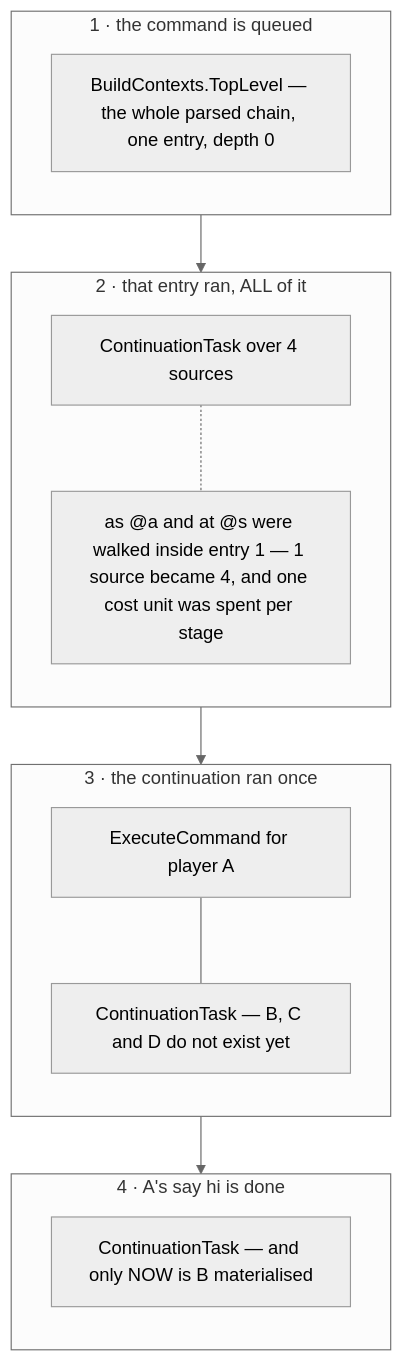
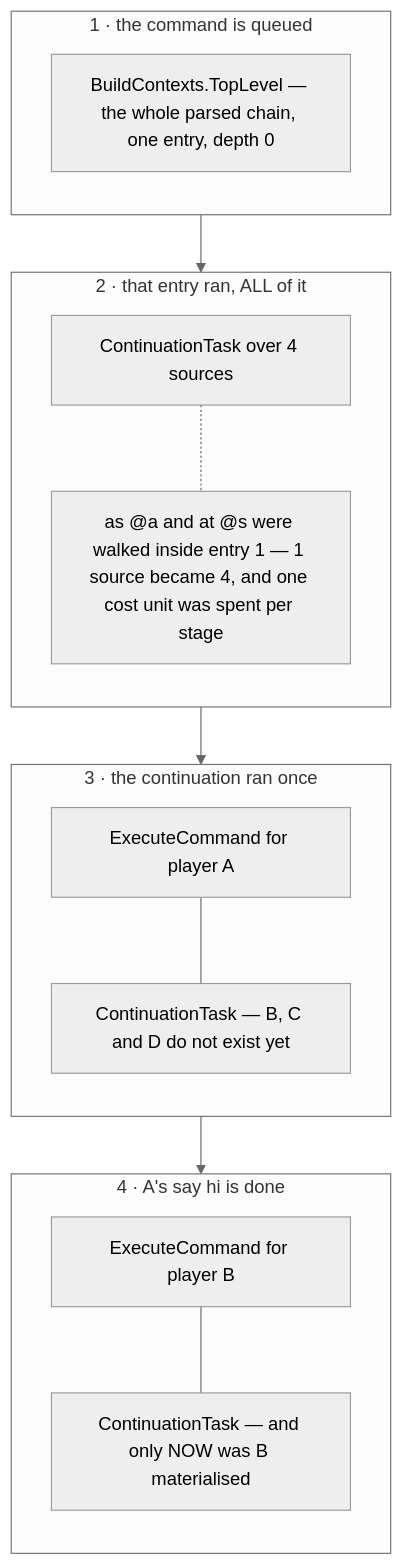
One commit to AlexanderjFraser/MinecraftDocs changed the diagram in src/systems/commands/the-execution-engine.md. Above: the diagram before and after it, drawn with Mermaid (neutral theme). The commit also changed other lines of this file and 15 other files, not shown here.

````diff
--- a/src/systems/commands/the-execution-engine.md
+++ b/src/systems/commands/the-execution-engine.md
@@ -47,24 +50,26 @@
 ```mermaid
 flowchart TB
     subgraph T1["1 · the command is queued"]
         direction TB
         A1["BuildContexts.TopLevel — the whole parsed chain, one entry, depth 0"]
     end
     subgraph T2["2 · that entry ran, ALL of it"]
         direction TB
         B1["ContinuationTask over 4 sources"]
         B2["as @a and at @s were walked inside entry 1 — 1 source became 4, and one cost unit was spent per stage"]
         B1 -.- B2
     end
     subgraph T3["3 · the continuation ran once"]
         direction TB
         C1["ExecuteCommand for player A"]
         C2["ContinuationTask — B, C and D do not exist yet"]
         C1 --- C2
     end
     subgraph T4["4 · A's say hi is done"]
         direction TB
-        D1["ContinuationTask — and only NOW is B materialised"]
+        D1["ExecuteCommand for player B"]
+        D2["ContinuationTask — and only NOW was B materialised"]
+        D1 --- D2
     end
     T1 --> T2 --> T3 --> T4
 ```
````
